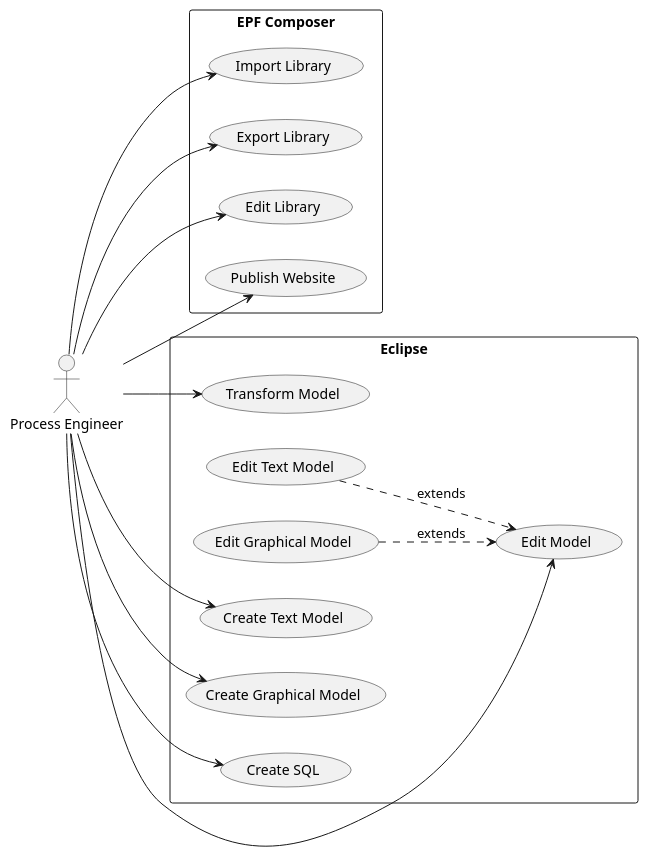
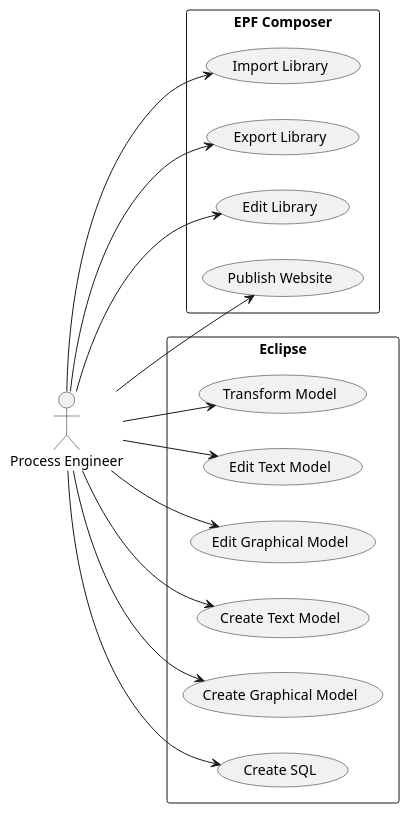
One commit to juletx/ProMeta changed the diagram in Proiektua/Sistemaren Espezifikazioa/Erabilpen Kasuen Ereduak/UCM_ModelEditor.puml. Above: the diagram before and after it, drawn with PlantUML. The commit also changed 9 other files, not shown here.

```diff
--- a/Proiektua/Sistemaren Espezifikazioa/Erabilpen Kasuen Ereduak/UCM_ModelEditor.puml
+++ b/Proiektua/Sistemaren Espezifikazioa/Erabilpen Kasuen Ereduak/UCM_ModelEditor.puml
@@ -1,34 +1,32 @@
 @startuml UCM_ModelEditor
 left to right direction
 
 actor "Process Engineer" as ProcessEngineer
 
 rectangle "EPF Composer" as EPFComposer {
     usecase "Import Library" as ImportLibrary
     usecase "Export Library" as ExportLibrary
     usecase "Edit Library" as EditLibrary
     usecase "Publish Website" as PublishWebsite
 }
 
 rectangle Eclipse {
     usecase "Transform Model" as TransformModel
-    usecase "Edit Model" as EditModel
     usecase "Edit Text Model" as EditTextModel
     usecase "Edit Graphical Model" as EditGraphicalModel
     usecase "Create Text Model" as CreateTextModel
     usecase "Create Graphical Model" as CreateGraphicalModel
     usecase "Create SQL" as CreateSQL
 }
 
 ProcessEngineer --> ImportLibrary
 ProcessEngineer --> ExportLibrary
 ProcessEngineer --> EditLibrary
 ProcessEngineer --> PublishWebsite
 ProcessEngineer --> TransformModel
-ProcessEngineer --> EditModel
-EditTextModel ..> EditModel : extends
-EditGraphicalModel ..> EditModel : extends
+ProcessEngineer --> EditTextModel
+ProcessEngineer --> EditGraphicalModel
 ProcessEngineer --> CreateTextModel
 ProcessEngineer --> CreateGraphicalModel
 ProcessEngineer --> CreateSQL
 @enduml
```
